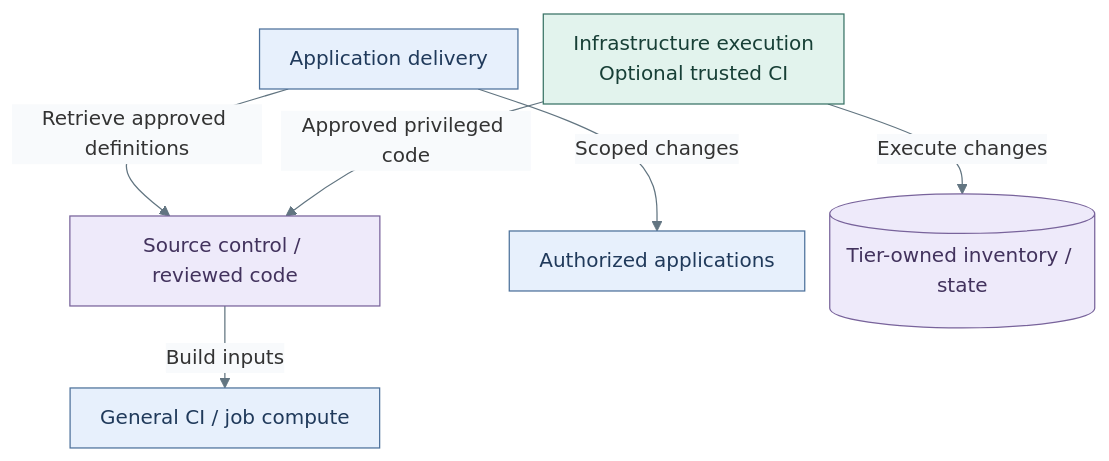
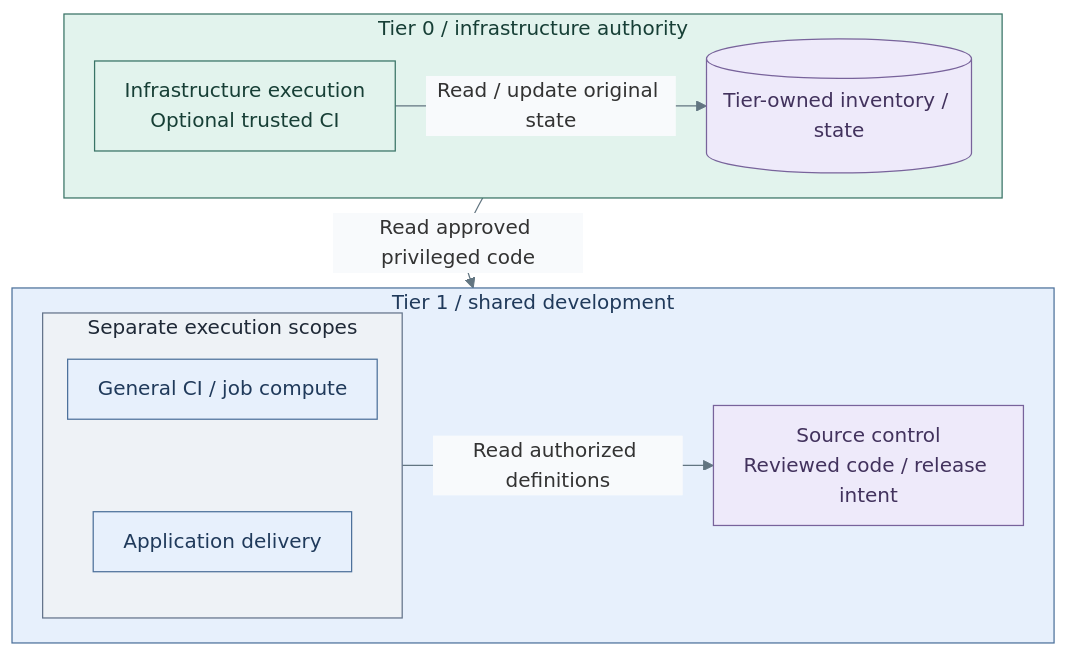
Before and after one commit to Rexus/homelab: the first of 2 diagrams in docs/01-architecture/10-delivery/03-development-platform.md, drawn with Mermaid. The commit also changed other lines of this file and 279 other files, not shown here.

````diff
--- a/docs/01-architecture/10-delivery/03-development-platform.md
+++ b/docs/01-architecture/10-delivery/03-development-platform.md
@@ -20,22 +18,32 @@
 ```mermaid
 %%{init: {"theme":"base","flowchart":{"nodeSpacing":20,"rankSpacing":24,"padding":12},"themeVariables":{"lineColor":"#627581","edgeLabelBackground":"#f8fafc"}}}%%
 flowchart TB
-  Source["Source control / reviewed code"]
-  CI["General CI / job compute"]
-  Delivery["Application delivery"]
-  Runtime["Authorized applications"]
-  Executor["Infrastructure execution<br/>Optional trusted CI"]
-  State[("Tier-owned inventory / state")]
-  Source -->|Build inputs| CI
-  Delivery -->|Retrieve approved definitions| Source
-  Delivery -->|Scoped changes| Runtime
-  Executor -->|Approved privileged code| Source
-  Executor -->|Execute changes| State
+  subgraph T1["Tier 1 / shared development"]
+    direction LR
+    subgraph Consumers["Separate execution scopes"]
+      direction TB
+      CI["General CI / job compute"]
+      Delivery["Application delivery"]
+      CI ~~~ Delivery
+    end
+    Source["Source control<br/>Reviewed code / release intent"]
+    Consumers -->|Read authorized definitions| Source
+  end
+  subgraph T0["Tier 0 / infrastructure authority"]
+    direction LR
+    Executor["Infrastructure execution<br/>Optional trusted CI"]
+    State[("Tier-owned inventory / state")]
+    Executor -->|Read / update original state| State
+  end
+  T1 ~~~ T0
+  Executor -->|Read approved privileged code| Source
   classDef default fill:#f8fafc,stroke:#64748b,color:#1f2937
+  classDef boundary fill:#eef2f6,stroke:#64748b,color:#1f2937
   classDef services fill:#e7f0fc,stroke:#4d719b,color:#203a5b
   classDef control fill:#e2f3ed,stroke:#397366,color:#173f36
   classDef data fill:#eeeafa,stroke:#78639b,color:#42325d
-  class CI,Delivery,Runtime services
-  class Executor control
+  class T1,CI,Delivery services
+  class Consumers boundary
+  class T0,Executor control
   class Source,State data
 ```
````
